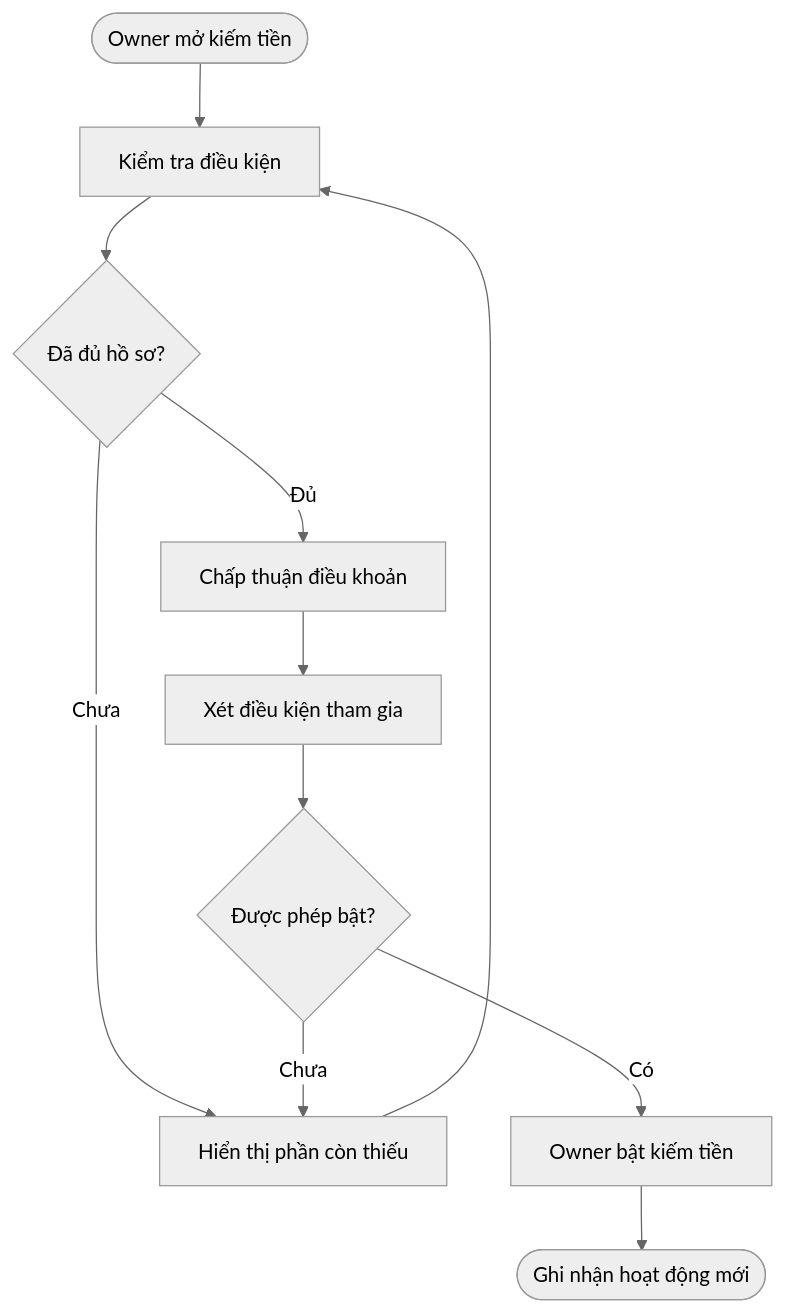
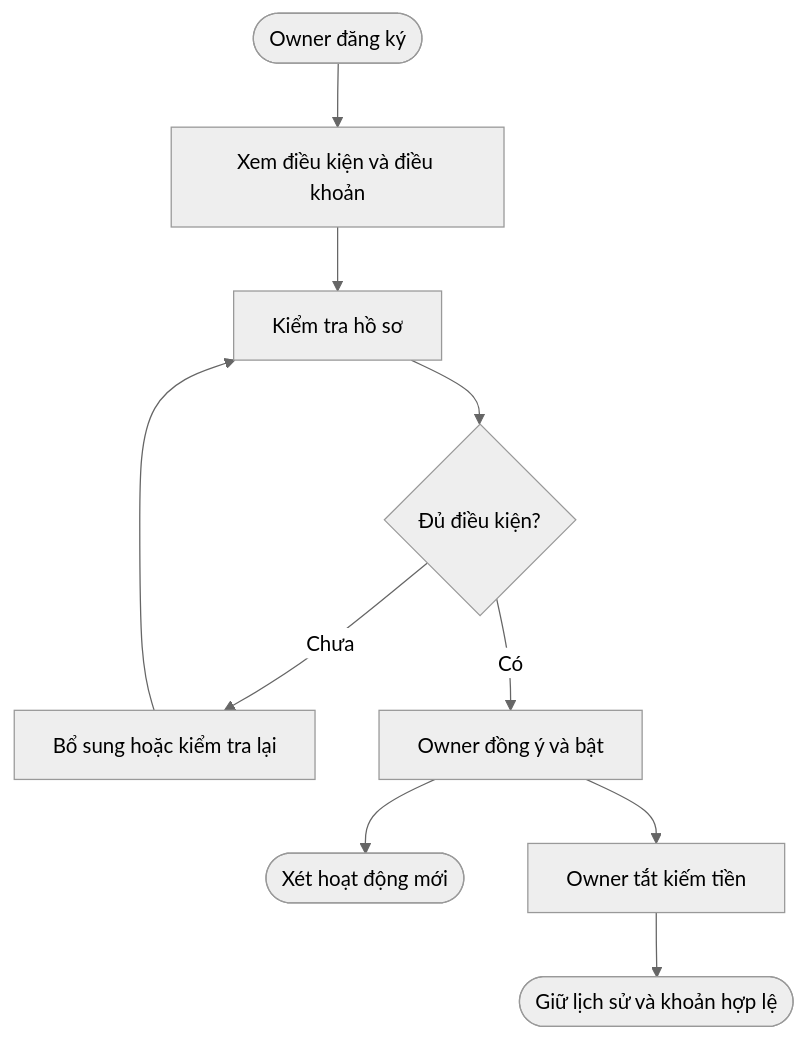
Before and after one commit to maivtn/taxiq: the first of 5 diagrams in docs/business/business-oneqr-earnings.md, drawn with Mermaid (neutral theme). The commit also changed other lines of this file, not shown here.

````diff
--- a/docs/business/business-oneqr-earnings.md
+++ b/docs/business/business-oneqr-earnings.md
@@ -80,13 +92,12 @@
 ```mermaid
 flowchart TD
-    A([Owner mở kiếm tiền]) --> B[Kiểm tra điều kiện]
-    B --> C{Đã đủ hồ sơ?}
-    C -- Chưa --> D[Hiển thị phần còn thiếu]
-    D --> B
-    C -- Đủ --> E[Chấp thuận điều khoản]
-    E --> F[Xét điều kiện tham gia]
-    F --> G{Được phép bật?}
-    G -- Chưa --> D
-    G -- Có --> H[Owner bật kiếm tiền]
-    H --> I([Ghi nhận hoạt động mới])
+    A([Owner đăng ký]) --> B[Xem điều kiện và điều khoản]
+    B --> C[Kiểm tra hồ sơ]
+    C --> D{Đủ điều kiện?}
+    D -- Chưa --> E[Bổ sung hoặc kiểm tra lại]
+    E --> C
+    D -- Có --> F[Owner đồng ý và bật]
+    F --> G([Xét hoạt động mới])
+    F --> H[Owner tắt kiếm tiền]
+    H --> I([Giữ lịch sử và khoản hợp lệ])
 ```
````
